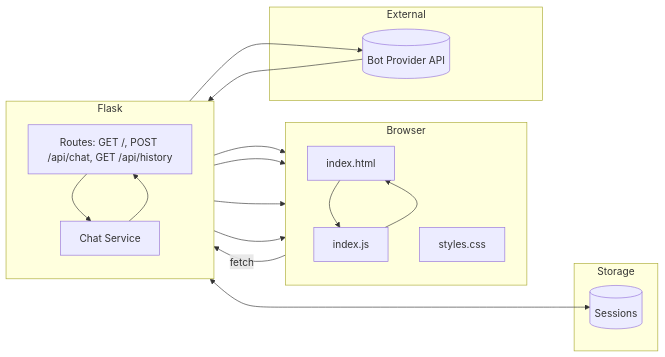
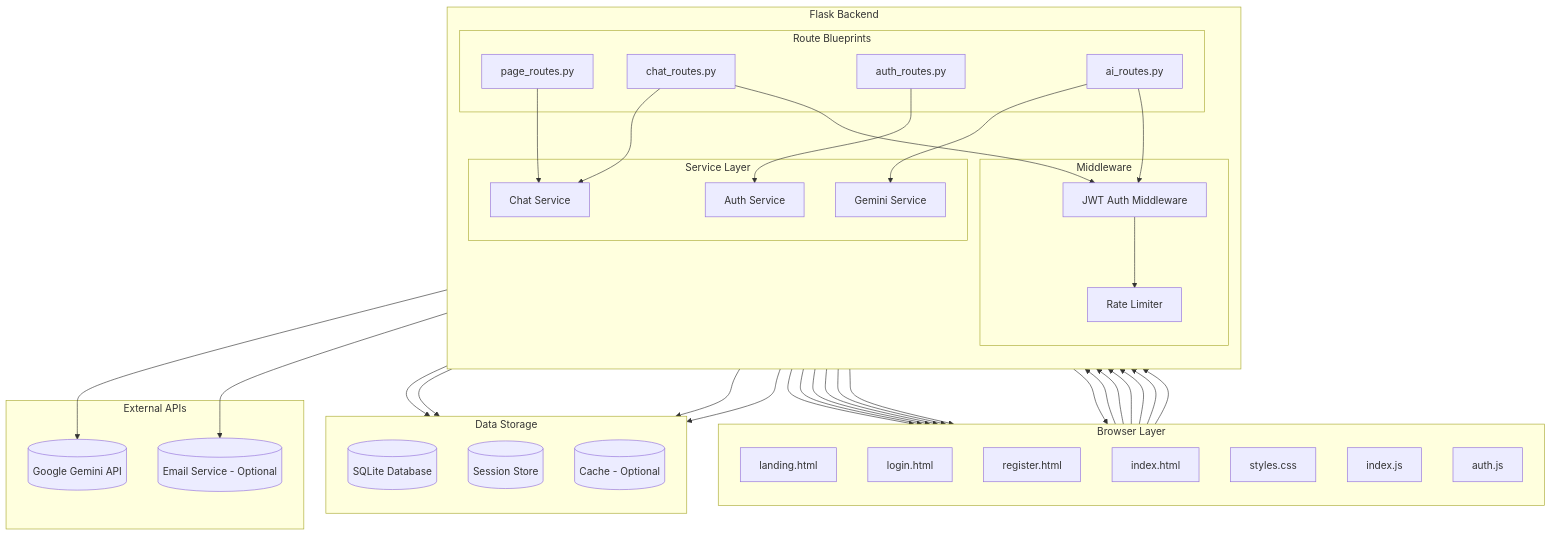
The diagram in docs/diagram/system_architecture.mmd (josepha237/BotInterface), drawn with Mermaid before and after one commit. The commit also changed 30 other files, not shown here.

First line of the commit message:
Add authentication routes, services, and UI mockups for login and registration

```diff
--- a/docs/diagram/system_architecture.mmd
+++ b/docs/diagram/system_architecture.mmd
@@ -1,45 +1,88 @@
-%% System Architecture for BotInterface
-%% Simplified labels for compatibility
-flowchart LR
-	%% Frontend
-	subgraph Browser
+%% System Architecture with Authentication
+flowchart TB
+	%% Frontend Layer
+	subgraph Browser[Browser Layer]
 		direction TB
-		UI[index.html]
+		Landing[landing.html]
+		Login[login.html]
+		Register[register.html]
+		Chat[index.html]
 		CSS[styles.css]
 		JS[index.js]
+		AuthJS[auth.js]
 	end
 
-	%% Backend
-	subgraph Flask
+	%% Backend Layer
+	subgraph Flask[Flask Backend]
 		direction TB
-		Routes["Routes: GET /, POST /api/chat, GET /api/history"]
-		Service[Chat Service]
+		
+		subgraph Routes[Route Blueprints]
+			PageRoutes[page_routes.py]
+			ChatRoutes[chat_routes.py]
+			AuthRoutes[auth_routes.py]
+			AIRoutes[ai_routes.py]
+		end
+		
+		subgraph Services[Service Layer]
+			ChatService[Chat Service]
+			AuthService[Auth Service]
+			GeminiService[Gemini Service]
+		end
+		
+		subgraph Middleware
+			AuthMiddleware[JWT Auth Middleware]
+			RateLimiter[Rate Limiter]
+		end
 	end
 
-	%% External dependency
-	subgraph External
-		BotAPI[(Bot Provider API)]
+	%% Data Layer
+	subgraph Storage[Data Storage]
+		direction TB
+		SQLite[(SQLite Database)]
+		SessionStore[(Session Store)]
+		Cache[(Cache - Optional)]
 	end
 
-	%% Optional storage (in-memory or Redis)
-	subgraph Storage
-		Sessions[(Sessions)]
+	%% External Services
+	subgraph External[External APIs]
+		Gemini[(Google Gemini API)]
+		Email[(Email Service - Optional)]
 	end
 
-	%% Static asset relations
-	Routes --> UI
-	Routes --> CSS
-	Routes --> JS
+	%% Connections - Frontend to Routes
+	Landing --> PageRoutes
+	Login --> AuthRoutes
+	Register --> AuthRoutes
+	Chat --> ChatRoutes
+	JS --> ChatRoutes
+	AuthJS --> AuthRoutes
 
-	%% Browser runtime
-	UI --> JS
-	JS -->|fetch| Routes
-	Routes --> Service
-	Service --> BotAPI
-	BotAPI --> Service
-	Service --> Routes
-	Routes --> JS
-	JS --> UI
+	%% Routes to Services
+	PageRoutes --> ChatService
+	ChatRoutes --> ChatService
+	AuthRoutes --> AuthService
+	AIRoutes --> GeminiService
 
-	%% Sessions linkage
-	Routes <---> Sessions
+	%% Middleware
+	ChatRoutes --> AuthMiddleware
+	AIRoutes --> AuthMiddleware
+	AuthMiddleware --> RateLimiter
+
+	%% Services to Storage
+	ChatService --> SQLite
+	AuthService --> SQLite
+	AuthService --> SessionStore
+	ChatService --> Cache
+
+	%% Services to External
+	GeminiService --> Gemini
+	AuthService --> Email
+
+	%% Static Assets
+	PageRoutes --> Landing
+	PageRoutes --> Login
+	PageRoutes --> Register
+	PageRoutes --> Chat
+	PageRoutes --> CSS
+	PageRoutes --> JS
+	PageRoutes --> AuthJS
```
